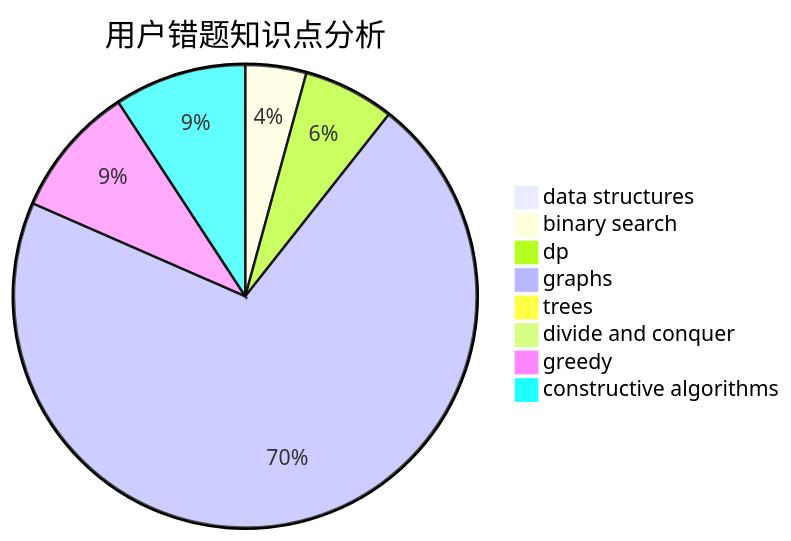
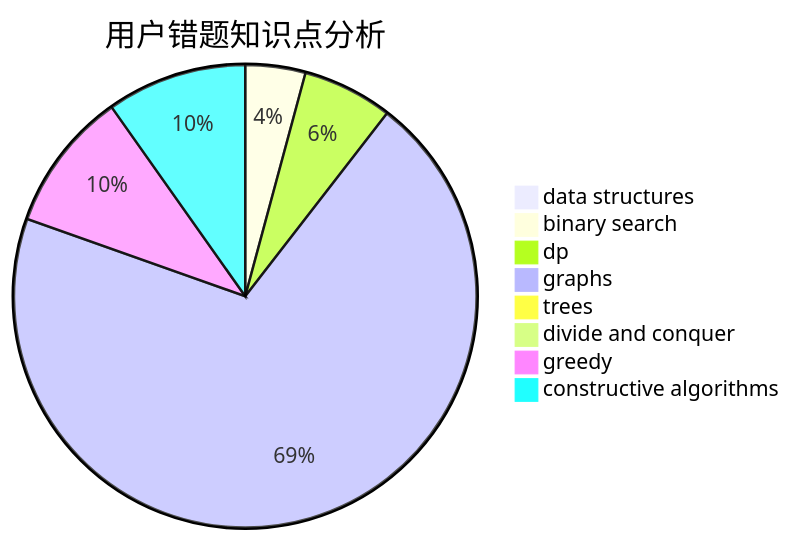
Before and after one commit to sherpahu/cfrs.github.io: the third of 3 diagrams in docs/user/u82.md, drawn with Mermaid. The commit also changed other lines of this file and 2770 other files, not shown here.

````diff
--- a/docs/user/u82.md
+++ b/docs/user/u82.md
@@ -36,11 +36,11 @@
 ```mermaid
 pie title 用户错题知识点分析
-    "data structures" :  0
+    "data structures" :  1
     "binary search" :  6
     "dp" :  9
     "graphs" :  100
     "trees" :  1
     "divide and conquer" :  0
-    "greedy" :  13
-    "constructive algorithms" :  13
+    "greedy" :  14
+    "constructive algorithms" :  14
 ```
````
